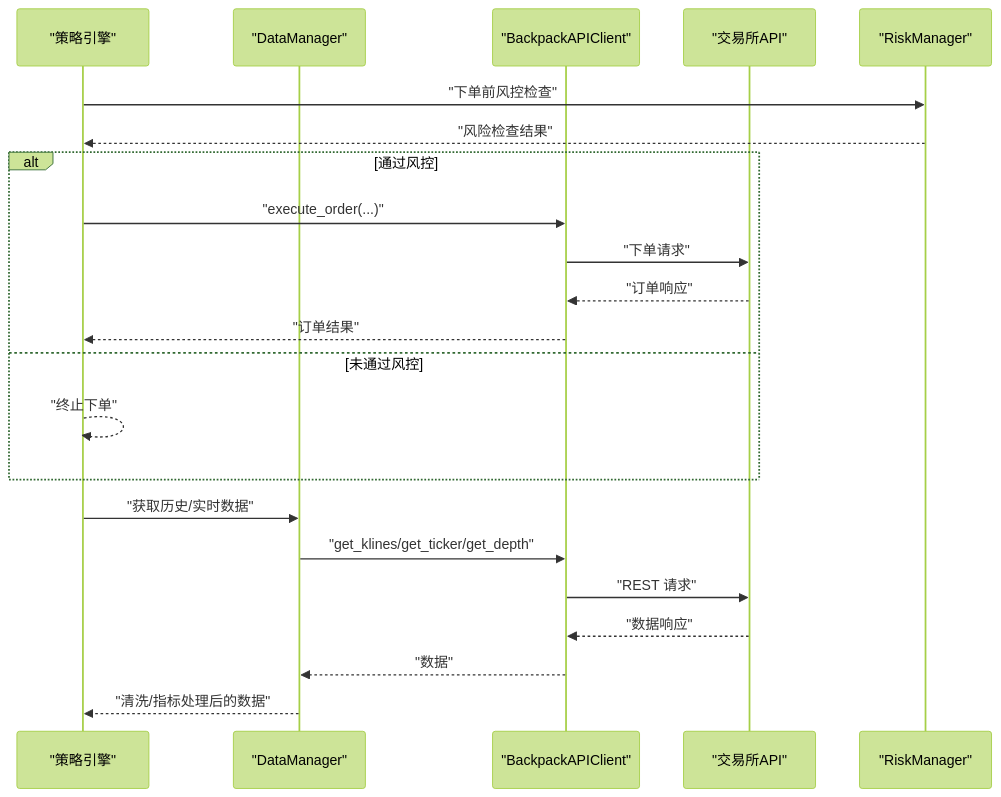
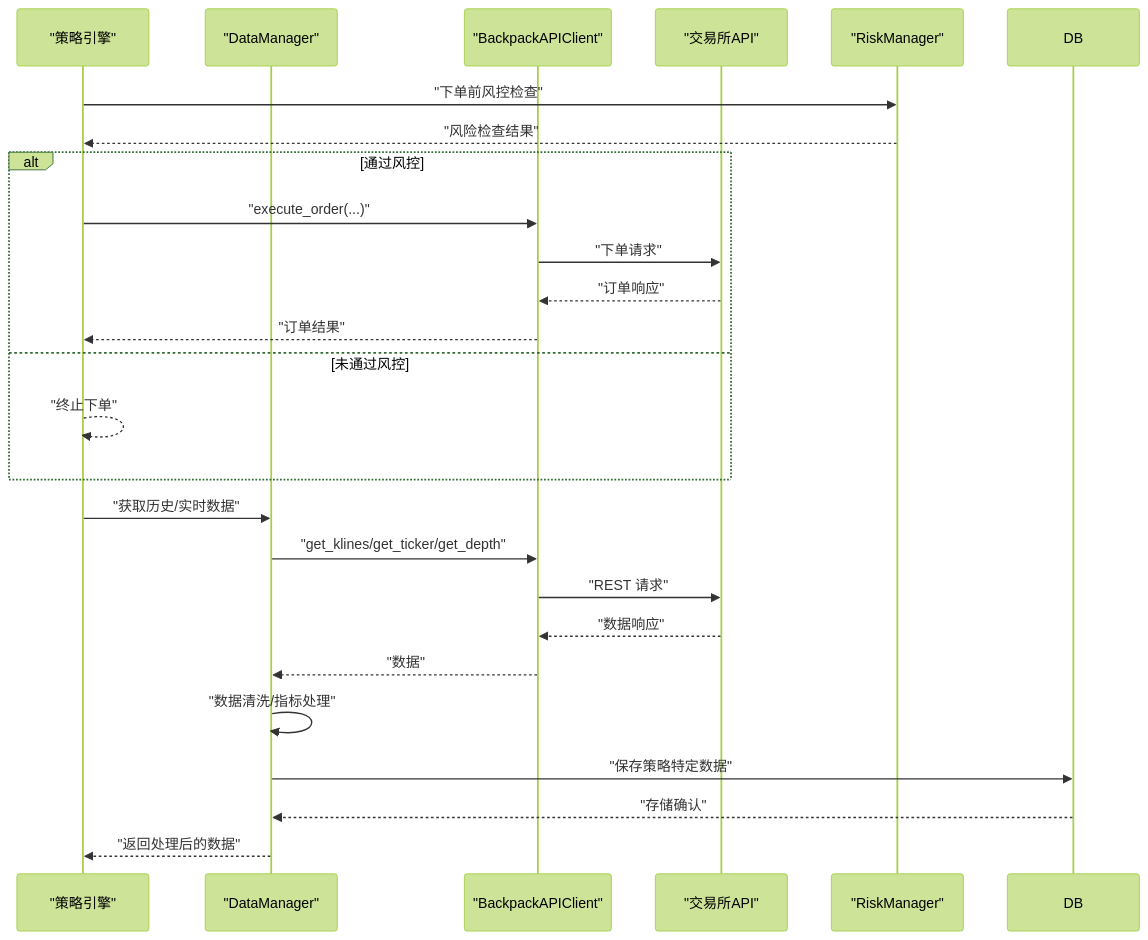
Before and after one commit to zyf266/ending: the second of 9 diagrams in .qoder/repowiki/zh/content/核心模块详解/数据管理模块/数据管理模块.md, drawn with Mermaid (forest theme). The commit also changed other lines of this file and 60 other files, not shown here.

````diff
--- a/.qoder/repowiki/zh/content/核心模块详解/数据管理模块/数据管理模块.md
+++ b/.qoder/repowiki/zh/content/核心模块详解/数据管理模块/数据管理模块.md
@@ -126,24 +157,27 @@
 ```mermaid
 sequenceDiagram
 participant Strategy as "策略引擎"
 participant DM as "DataManager"
 participant AC as "BackpackAPIClient"
 participant EX as "交易所API"
 participant RM as "RiskManager"
 Strategy->>RM : "下单前风控检查"
 RM-->>Strategy : "风险检查结果"
 alt 通过风控
 Strategy->>AC : "execute_order(...)"
 AC->>EX : "下单请求"
 EX-->>AC : "订单响应"
 AC-->>Strategy : "订单结果"
 else 未通过风控
 Strategy-->>Strategy : "终止下单"
 end
 Strategy->>DM : "获取历史/实时数据"
 DM->>AC : "get_klines/get_ticker/get_depth"
 AC->>EX : "REST 请求"
 EX-->>AC : "数据响应"
 AC-->>DM : "数据"
-DM-->>Strategy : "清洗/指标处理后的数据"
+DM->>DM : "数据清洗/指标处理"
+DM->>DB : "保存策略特定数据"
+DB-->>DM : "存储确认"
+DM-->>Strategy : "返回处理后的数据"
 ```
````
